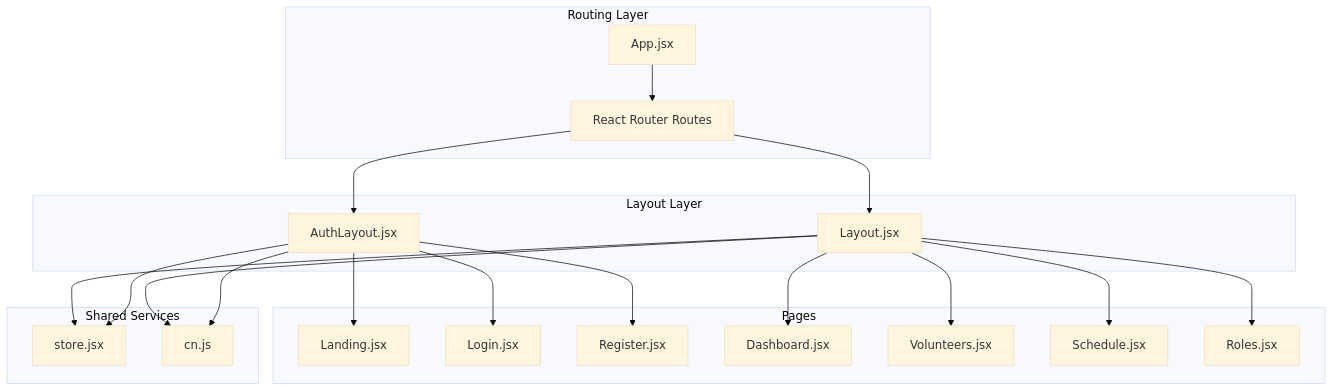
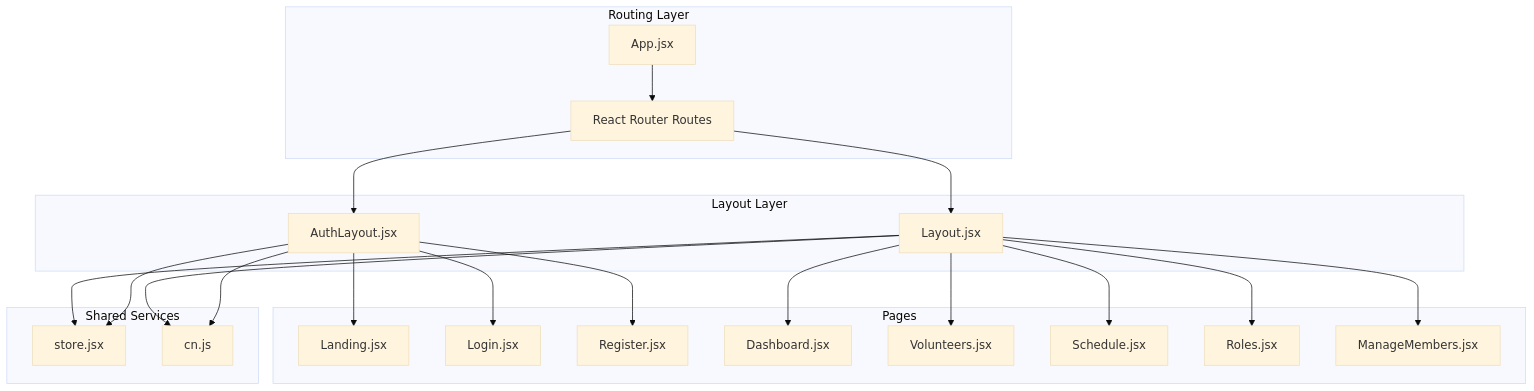
One commit to netdaniel/serveflow changed the first of 5 diagrams in .qoder/repowiki/en/content/Component Architecture/Layout System.md. Above: the diagram before and after it, drawn with Mermaid (base theme). The commit also changed other lines of this file and 15 other files, not shown here.

````diff
--- a/.qoder/repowiki/en/content/Component Architecture/Layout System.md
+++ b/.qoder/repowiki/en/content/Component Architecture/Layout System.md
@@ -46,38 +56,40 @@
 ```mermaid
 graph TB
 subgraph "Routing Layer"
 App["App.jsx"]
 Routes["React Router Routes"]
 end
 subgraph "Layout Layer"
 AuthLayout["AuthLayout.jsx"]
 Layout["Layout.jsx"]
 end
 subgraph "Pages"
 Landing["Landing.jsx"]
 Login["Login.jsx"]
 Register["Register.jsx"]
 Dashboard["Dashboard.jsx"]
 Volunteers["Volunteers.jsx"]
 Schedule["Schedule.jsx"]
 Roles["Roles.jsx"]
+ManageMembers["ManageMembers.jsx"]
 end
 subgraph "Shared Services"
 Store["store.jsx"]
 CN["cn.js"]
 end
 App --> Routes
 Routes --> AuthLayout
 Routes --> Layout
 AuthLayout --> Landing
 AuthLayout --> Login
 AuthLayout --> Register
 Layout --> Dashboard
 Layout --> Volunteers
 Layout --> Schedule
 Layout --> Roles
+Layout --> ManageMembers
 Layout --> Store
 AuthLayout --> Store
 Layout --> CN
 AuthLayout --> CN
 ```
````
